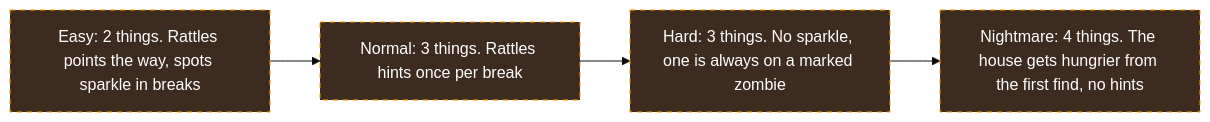
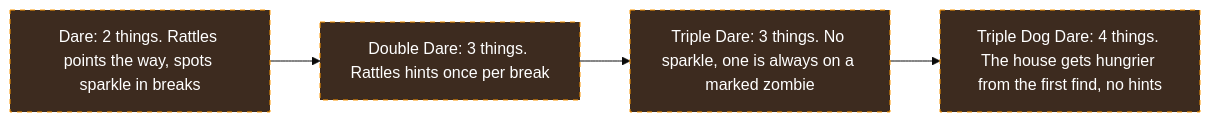
One commit to Tanner-Scadden/munch-manor changed the fifth of 6 diagrams in FLOW.md. Above: the diagram before and after it, drawn with Mermaid (base theme). The commit also changed other lines of this file and 2 other files, not shown here.

First line of the commit message:
docs: settle the dare card, the power-ups, the difficulty names, and the dining room

````diff
--- a/FLOW.md
+++ b/FLOW.md
@@ -191,8 +191,8 @@
 ```mermaid
 flowchart LR
-  easy[Easy: 2 things. Rattles points the way, spots sparkle in breaks]:::proposed --> normal[Normal: 3 things. Rattles hints once per break]:::proposed
-  normal --> hard[Hard: 3 things. No sparkle, one is always on a marked zombie]:::proposed
-  hard --> nightmare[Nightmare: 4 things. The house gets hungrier from the first find, no hints]:::proposed
+  easy[Dare: 2 things. Rattles points the way, spots sparkle in breaks]:::proposed --> normal[Double Dare: 3 things. Rattles hints once per break]:::proposed
+  normal --> hard[Triple Dare: 3 things. No sparkle, one is always on a marked zombie]:::proposed
+  hard --> nightmare[Triple Dog Dare: 4 things. The house gets hungrier from the first find, no hints]:::proposed
 
   classDef proposed fill:#3d2b1f,stroke:#ff9800,color:#fff,stroke-dasharray: 5 5
 ```
````
